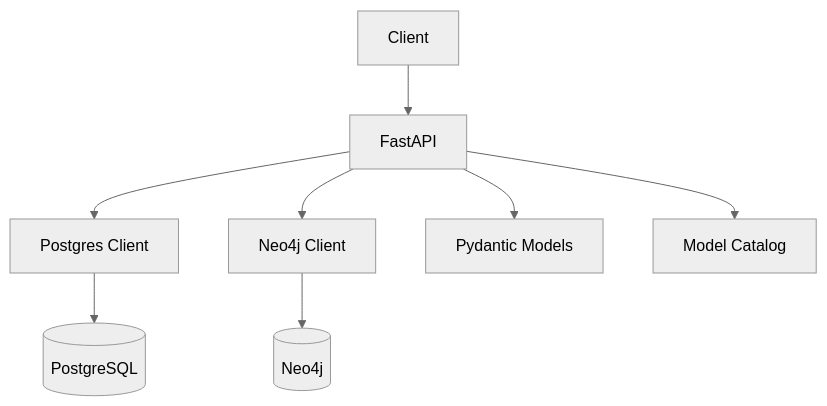
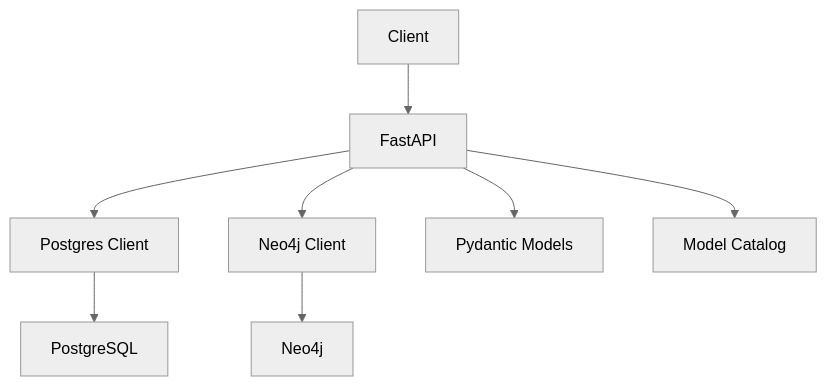
One commit to DMontgomery40/tribrid-rag changed the diagram in mkdocs/docs/api.md. Above: the diagram before and after it, drawn with Mermaid (neutral theme). The commit also changed other lines of this file and 72 other files, not shown here.

````diff
--- a/mkdocs/docs/api.md
+++ b/mkdocs/docs/api.md
@@ -63,10 +69,10 @@
 ```mermaid
 flowchart TB
     CLI["Client"] --> API["FastAPI"]
     API --> PC["Postgres Client"]
     API --> NC["Neo4j Client"]
     API --> CFG["Pydantic Models"]
     API --> ML["Model Catalog"]
-    PC --> DB[("PostgreSQL")]
-    NC --> GDB[("Neo4j")]
+    PC --> DB["PostgreSQL"]
+    NC --> GDB["Neo4j"]
 ```
````
